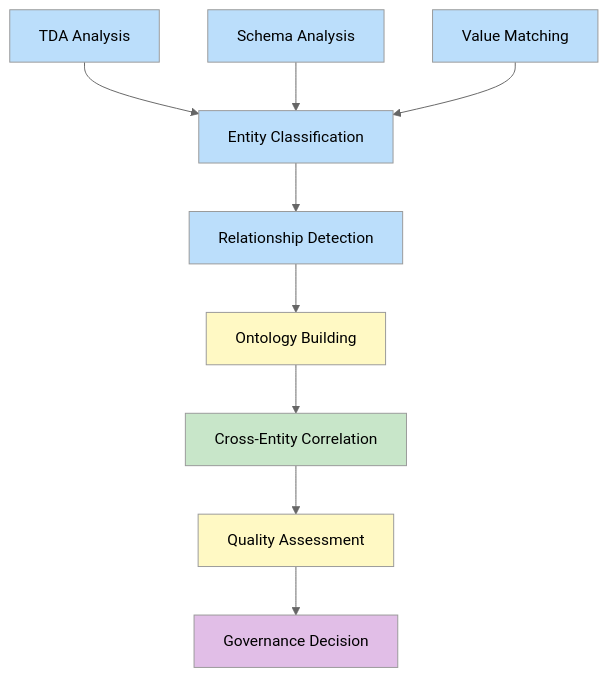
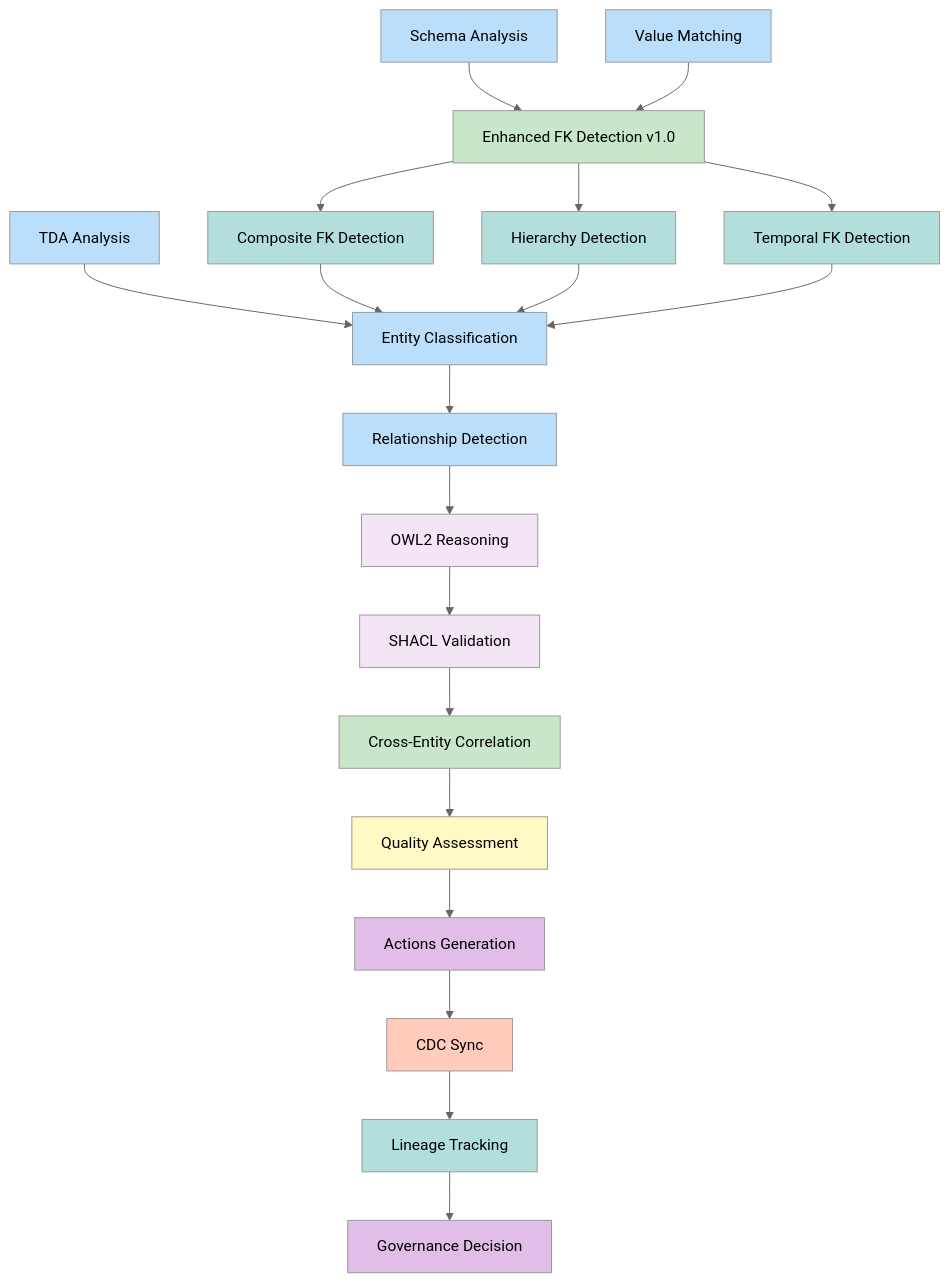
One commit to sabill123/ontology changed the fifth of 9 diagrams in docs/diagrams/03-pipeline-workflow.md. Above: the diagram before and after it, drawn with Mermaid (neutral theme). The commit also changed other lines of this file and 176 other files, not shown here.

````diff
--- a/docs/diagrams/03-pipeline-workflow.md
+++ b/docs/diagrams/03-pipeline-workflow.md
@@ -275,31 +361,53 @@
 ```mermaid
 graph TD
     T1[TDA Analysis]
     T2[Schema Analysis]
     T3[Value Matching]
-    T4[Entity Classification]
-    T5[Relationship Detection]
-    T6[Ontology Building]
-    T7[Cross-Entity Correlation]
-    T8[Quality Assessment]
-    T9[Governance Decision]
+    T4[Enhanced FK Detection v1.0]
+    T5[Composite FK Detection]
+    T6[Hierarchy Detection]
+    T7[Temporal FK Detection]
+    T8[Entity Classification]
+    T9[Relationship Detection]
+    T10[OWL2 Reasoning]
+    T11[SHACL Validation]
+    T12[Cross-Entity Correlation]
+    T13[Quality Assessment]
+    T14[Actions Generation]
+    T15[CDC Sync]
+    T16[Lineage Tracking]
+    T17[Governance Decision]
 
-    T1 --> T4
+    T1 --> T8
     T2 --> T4
     T3 --> T4
-    T4 --> T5
-    T5 --> T6
-    T6 --> T7
-    T7 --> T8
+    T4 --> T5 & T6 & T7
+    T5 & T6 & T7 --> T8
     T8 --> T9
+    T9 --> T10
+    T10 --> T11
+    T11 --> T12
+    T12 --> T13
+    T13 --> T14
+    T14 --> T15
+    T15 --> T16
+    T16 --> T17
 
     style T1 fill:#bbdefb
     style T2 fill:#bbdefb
     style T3 fill:#bbdefb
-    style T4 fill:#bbdefb
-    style T5 fill:#bbdefb
-    style T6 fill:#fff9c4
-    style T7 fill:#c8e6c9
-    style T8 fill:#fff9c4
-    style T9 fill:#e1bee7
+    style T4 fill:#c8e6c9
+    style T5 fill:#b2dfdb
+    style T6 fill:#b2dfdb
+    style T7 fill:#b2dfdb
+    style T8 fill:#bbdefb
+    style T9 fill:#bbdefb
+    style T10 fill:#f3e5f5
+    style T11 fill:#f3e5f5
+    style T12 fill:#c8e6c9
+    style T13 fill:#fff9c4
+    style T14 fill:#e1bee7
+    style T15 fill:#ffccbc
+    style T16 fill:#b2dfdb
+    style T17 fill:#e1bee7
 ```
````
